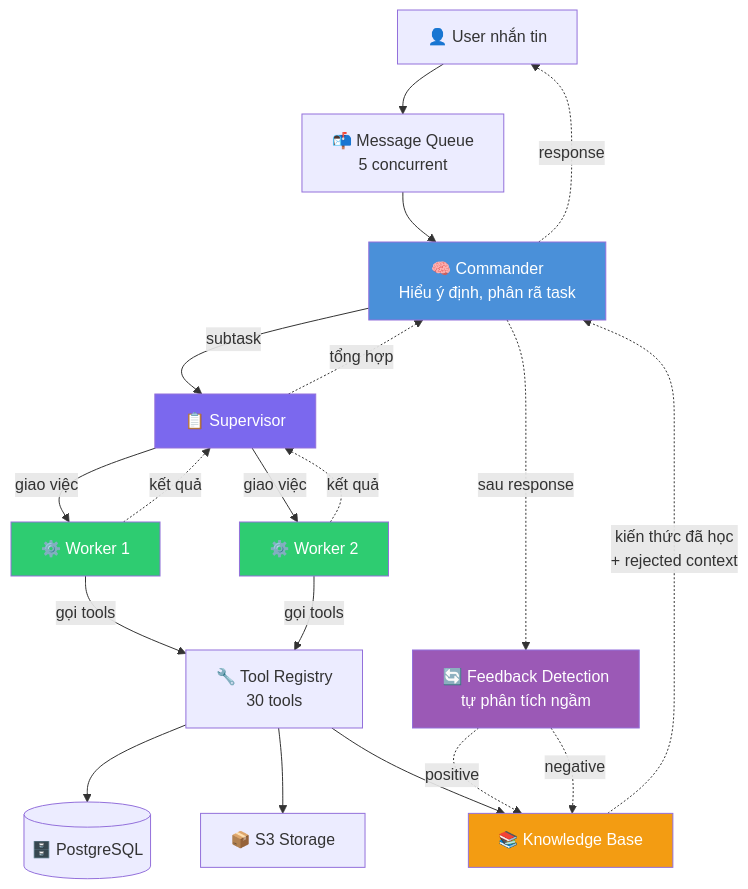
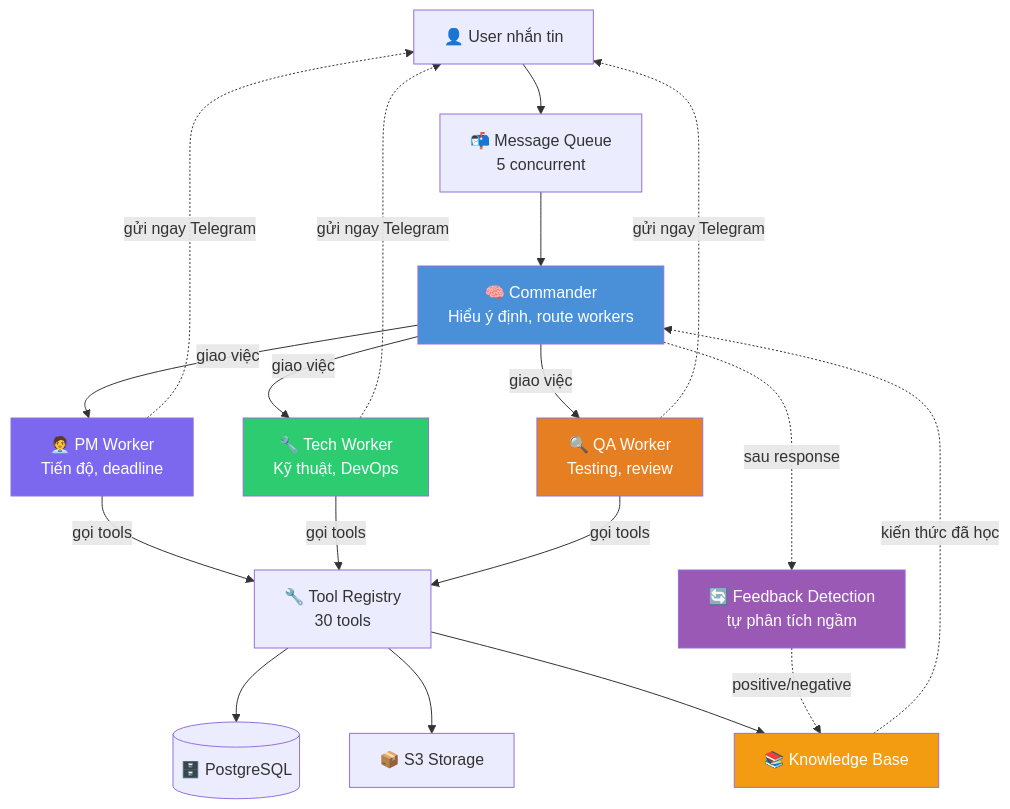
One commit to TungND2k2/OpenClaw changed the second of 4 diagrams in README.md. Above: the diagram before and after it, drawn with Mermaid. The commit also changed other lines of this file, not shown here.

Commit message:
docs: merge multi-persona into agent pipeline — workers with personas

````diff
--- a/README.md
+++ b/README.md
@@ -51,30 +51,29 @@
 ```mermaid
 graph TD
     U[👤 User nhắn tin] --> Q[📬 Message Queue<br/>5 concurrent]
-    Q --> C[🧠 Commander<br/>Hiểu ý định, phân rã task]
+    Q --> C[🧠 Commander<br/>Hiểu ý định, route workers]
 
-    C -->|subtask| S1[📋 Supervisor]
-    S1 -->|giao việc| W1[⚙️ Worker 1]
-    S1 -->|giao việc| W2[⚙️ Worker 2]
+    C -->|giao việc| W1[🧑‍💼 PM Worker<br/>Tiến độ, deadline]
+    C -->|giao việc| W2[🔧 Tech Worker<br/>Kỹ thuật, DevOps]
+    C -->|giao việc| W3[🔍 QA Worker<br/>Testing, review]
 
-    W1 & W2 -->|gọi tools| T[🔧 Tool Registry<br/>30 tools]
+    W1 & W2 & W3 -->|gọi tools| T[🔧 Tool Registry<br/>30 tools]
     T --> DB[(🗄️ PostgreSQL)]
     T --> S3[📦 S3 Storage]
     T --> KB[📚 Knowledge Base]
 
-    KB -.->|kiến thức đã học<br/>+ rejected context| C
-    W1 & W2 -.->|kết quả| S1
-    S1 -.->|tổng hợp| C
-    C -.->|response| U
+    KB -.->|kiến thức đã học| C
+    W1 -.->|gửi ngay Telegram| U
+    W2 -.->|gửi ngay Telegram| U
+    W3 -.->|gửi ngay Telegram| U
 
     C -.->|sau response| FB[🔄 Feedback Detection<br/>tự phân tích ngầm]
-    FB -.->|positive| KB
-    FB -.->|negative| KB
+    FB -.->|positive/negative| KB
 
     style C fill:#4A90D9,color:#fff
-    style S1 fill:#7B68EE,color:#fff
-    style W1 fill:#2ECC71,color:#fff
+    style W1 fill:#7B68EE,color:#fff
     style W2 fill:#2ECC71,color:#fff
+    style W3 fill:#E67E22,color:#fff
     style KB fill:#F39C12,color:#fff
     style FB fill:#9B59B6,color:#fff
 ```
````
